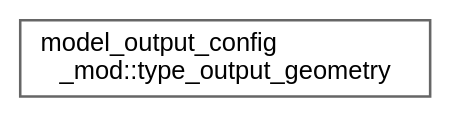
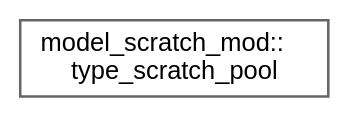
One commit to mayhl/FUNWAVE-TVD changed the diagram in release/v4.0-beta/inherit_graph_46.dot. Above: the diagram before and after it, drawn with Graphviz. The commit also changed 126 other files, not shown here.

```diff
--- a/release/v4.0-beta/inherit_graph_46.dot
+++ b/release/v4.0-beta/inherit_graph_46.dot
@@ -1,9 +1,9 @@
 digraph "Graphical Class Hierarchy"
 {
  // LATEX_PDF_SIZE
   bgcolor="transparent";
   edge [fontname=Helvetica,fontsize=10,labelfontname=Helvetica,labelfontsize=10];
   node [fontname=Helvetica,fontsize=10,shape=box,height=0.2,width=0.4];
   rankdir="LR";
-  Node0 [id="Node000000",label="model_output_config\l_mod::type_output_geometry",height=0.2,width=0.4,color="grey40", fillcolor="white", style="filled",URL="$structmodel__output__config__mod_1_1type__output__geometry.html",tooltip=" "];
+  Node0 [id="Node000000",label="model_scratch_mod::\ltype_scratch_pool",height=0.2,width=0.4,color="grey40", fillcolor="white", style="filled",URL="$structmodel__scratch__mod_1_1type__scratch__pool.html",tooltip="Generic pre-allocated slot pool for intra-timestep temporary 2-D arrays."];
 }
```
